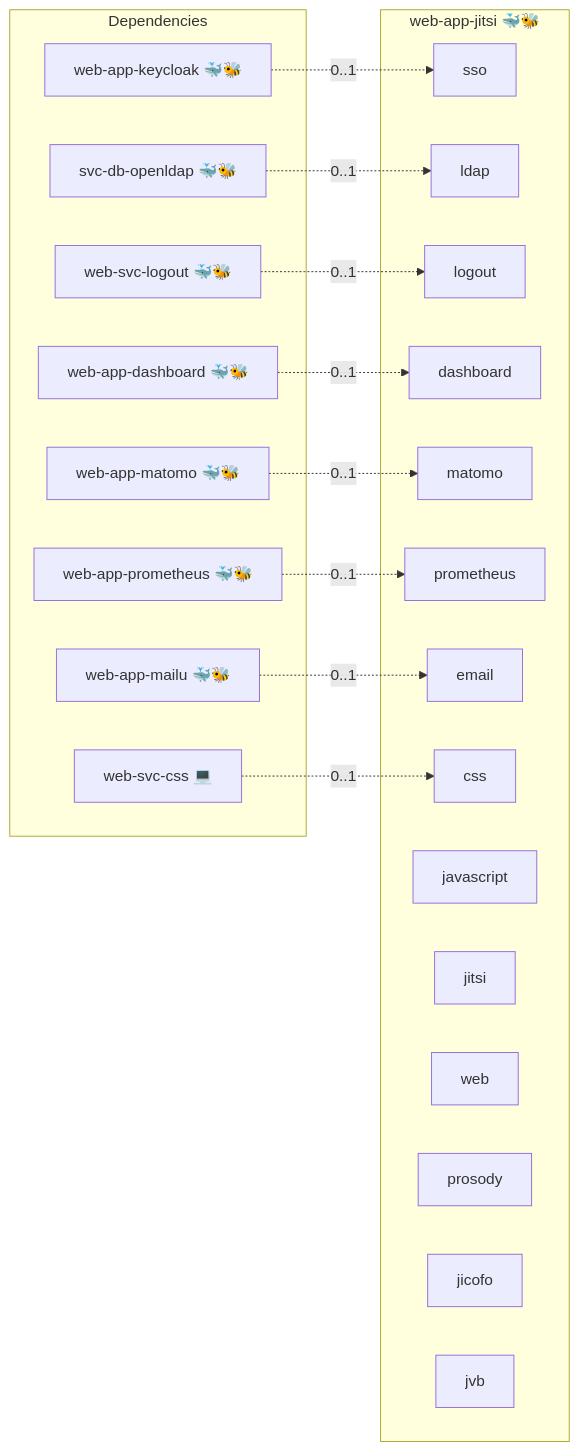
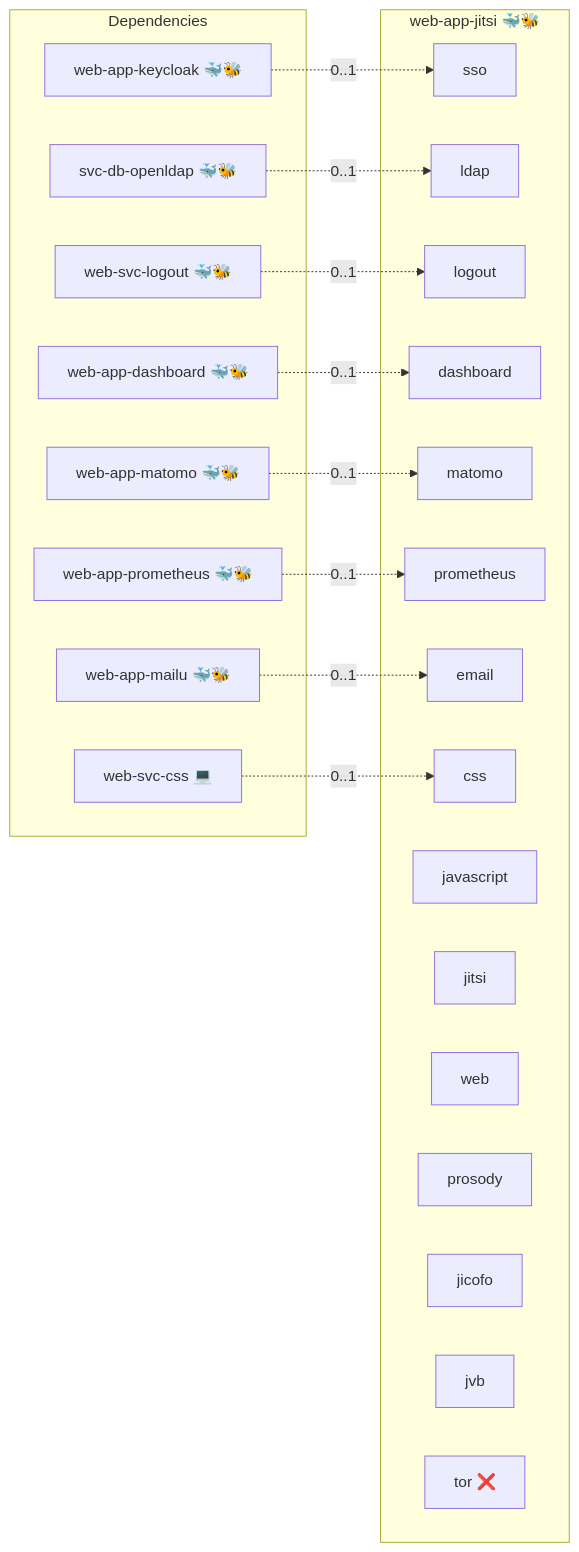
One commit to infinito-nexus/core changed the diagram in roles/web-app-jitsi/README.md. Above: the diagram before and after it, drawn with Mermaid. The commit also changed 101 other files, not shown here.

````diff
--- a/roles/web-app-jitsi/README.md
+++ b/roles/web-app-jitsi/README.md
@@ -15,37 +15,38 @@
 ```mermaid
 flowchart LR
     subgraph deps [Dependencies]
         dep_svc_db_openldap["svc-db-openldap 🐳🐝"]
         dep_web_app_dashboard["web-app-dashboard 🐳🐝"]
         dep_web_app_keycloak["web-app-keycloak 🐳🐝"]
         dep_web_app_mailu["web-app-mailu 🐳🐝"]
         dep_web_app_matomo["web-app-matomo 🐳🐝"]
         dep_web_app_prometheus["web-app-prometheus 🐳🐝"]
         dep_web_svc_css["web-svc-css 💻"]
         dep_web_svc_logout["web-svc-logout 🐳🐝"]
     end
     subgraph role [web-app-jitsi 🐳🐝]
         svc_sso["sso"]
         svc_ldap["ldap"]
         svc_logout["logout"]
         svc_dashboard["dashboard"]
         svc_matomo["matomo"]
         svc_prometheus["prometheus"]
         svc_email["email"]
         svc_css["css"]
         svc_javascript["javascript"]
         svc_jitsi["jitsi"]
         svc_web["web"]
         svc_prosody["prosody"]
         svc_jicofo["jicofo"]
         svc_jvb["jvb"]
+        svc_tor["tor ❌"]
     end
     dep_svc_db_openldap -. "0..1" .-> svc_ldap
     dep_web_app_dashboard -. "0..1" .-> svc_dashboard
     dep_web_app_keycloak -. "0..1" .-> svc_sso
     dep_web_app_mailu -. "0..1" .-> svc_email
     dep_web_app_matomo -. "0..1" .-> svc_matomo
     dep_web_app_prometheus -. "0..1" .-> svc_prometheus
     dep_web_svc_css -. "0..1" .-> svc_css
     dep_web_svc_logout -. "0..1" .-> svc_logout
 ```
````
